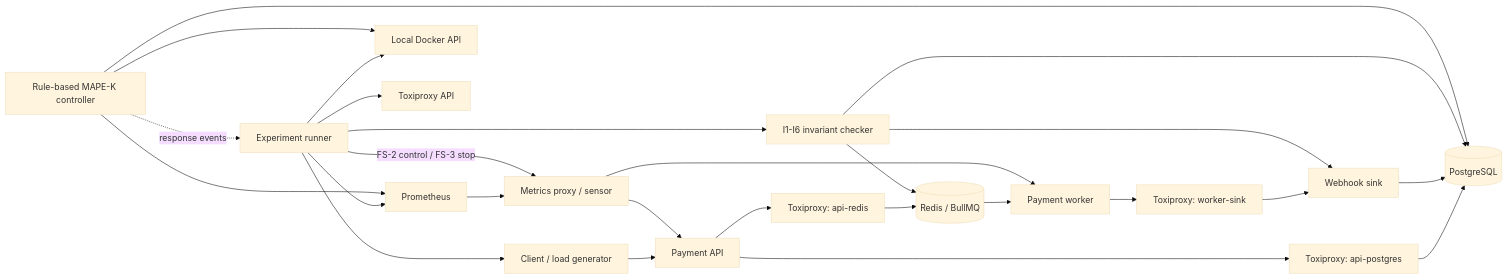
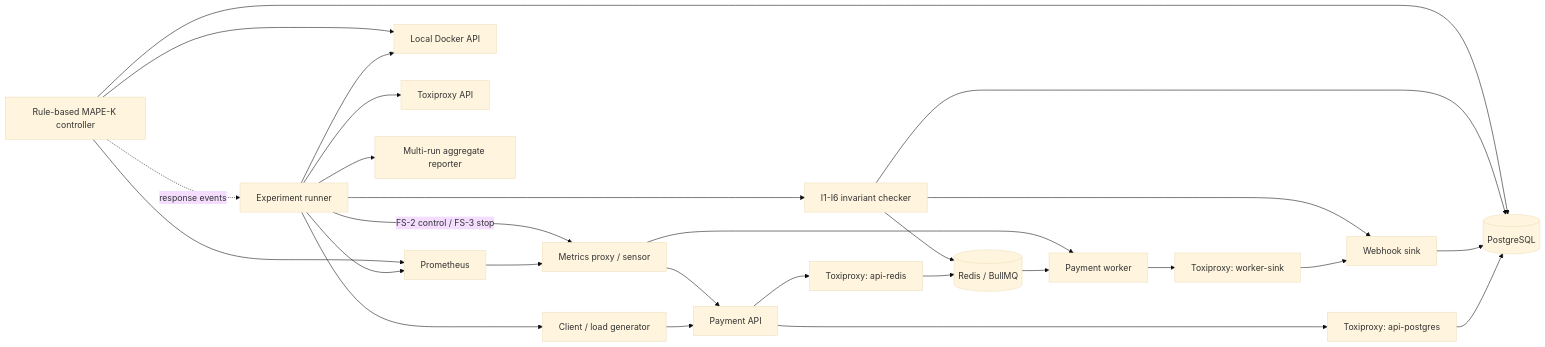
Before and after one commit to rahulgope45/Chaos-Harness: the diagram in docs/handover/00-project-introduction.md, drawn with Mermaid (base theme). The commit also changed other lines of this file and 1316 other files, not shown here.

Commit message:
feat: add multi-run matrix reporting

````diff
--- a/docs/handover/00-project-introduction.md
+++ b/docs/handover/00-project-introduction.md
@@ -37,30 +37,31 @@
 ```mermaid
 flowchart LR
   Client[Client / load generator] --> API[Payment API]
   API --> PgProxy[Toxiproxy: api-postgres]
   PgProxy --> PG[(PostgreSQL)]
   API --> RedisProxy[Toxiproxy: api-redis]
   RedisProxy --> Redis[(Redis / BullMQ)]
   Redis --> Worker[Payment worker]
   Worker --> SinkProxy[Toxiproxy: worker-sink]
   SinkProxy --> Sink[Webhook sink]
   Sink --> PG
 
   Prom[Prometheus] --> Sensor[Metrics proxy / sensor]
   Sensor --> API
   Sensor --> Worker
   Runner[Experiment runner] --> Client
   Runner --> Prom
   Runner --> Docker[Local Docker API]
   Runner --> ToxiAPI[Toxiproxy API]
   Runner -->|FS-2 control / FS-3 stop| Sensor
   Runner --> Checks[I1-I6 invariant checker]
+  Runner --> Matrix[Multi-run aggregate reporter]
   Checks --> PG
   Checks --> Redis
   Checks --> Sink
 
   Controller[Rule-based MAPE-K controller] --> Docker
   Controller --> Prom
   Controller --> PG
   Controller -. response events .-> Runner
 ```
````
